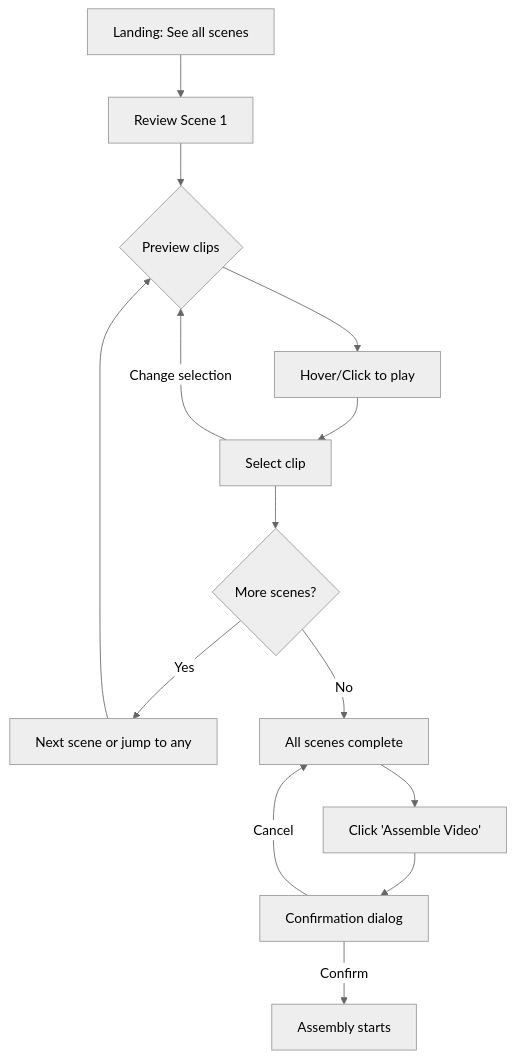
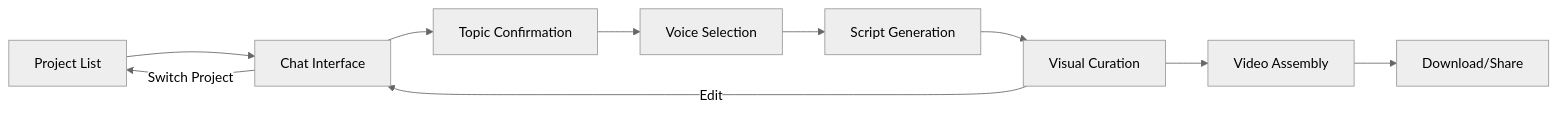
Before and after one commit to AIfriendly/AIvideogen: the first of 2 diagrams in docs/ux-design-specification.md, drawn with Mermaid (neutral theme). The commit also changed other lines of this file and 44 other files, not shown here.

````diff
--- a/docs/ux-design-specification.md
+++ b/docs/ux-design-specification.md
@@ -237,16 +197,13 @@
 ```mermaid
-graph TD
-    A[Landing: See all scenes] --> B[Review Scene 1]
-    B --> C{Preview clips}
-    C --> D[Hover/Click to play]
-    D --> E[Select clip]
-    E --> F{More scenes?}
-    F -->|Yes| G[Next scene or jump to any]
-    G --> C
-    F -->|No| H[All scenes complete]
-    H --> I[Click 'Assemble Video']
-    I --> J[Confirmation dialog]
-    J -->|Confirm| K[Assembly starts]
-    J -->|Cancel| H
-    E -->|Change selection| C
+graph LR
+    A[Project List] --> B[Chat Interface]
+    B --> C[Topic Confirmation]
+    C --> D[Voice Selection]
+    D --> E[Script Generation]
+    E --> F[Visual Curation]
+    F --> G[Video Assembly]
+    G --> H[Download/Share]
+
+    B -->|Switch Project| A
+    F -->|Edit| B
 ```
````
